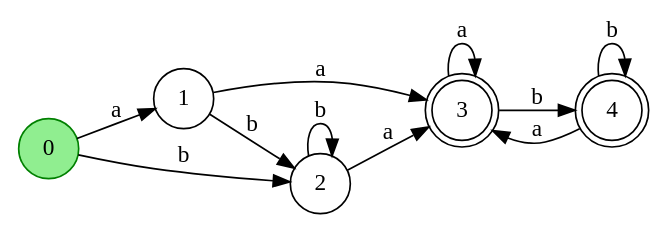
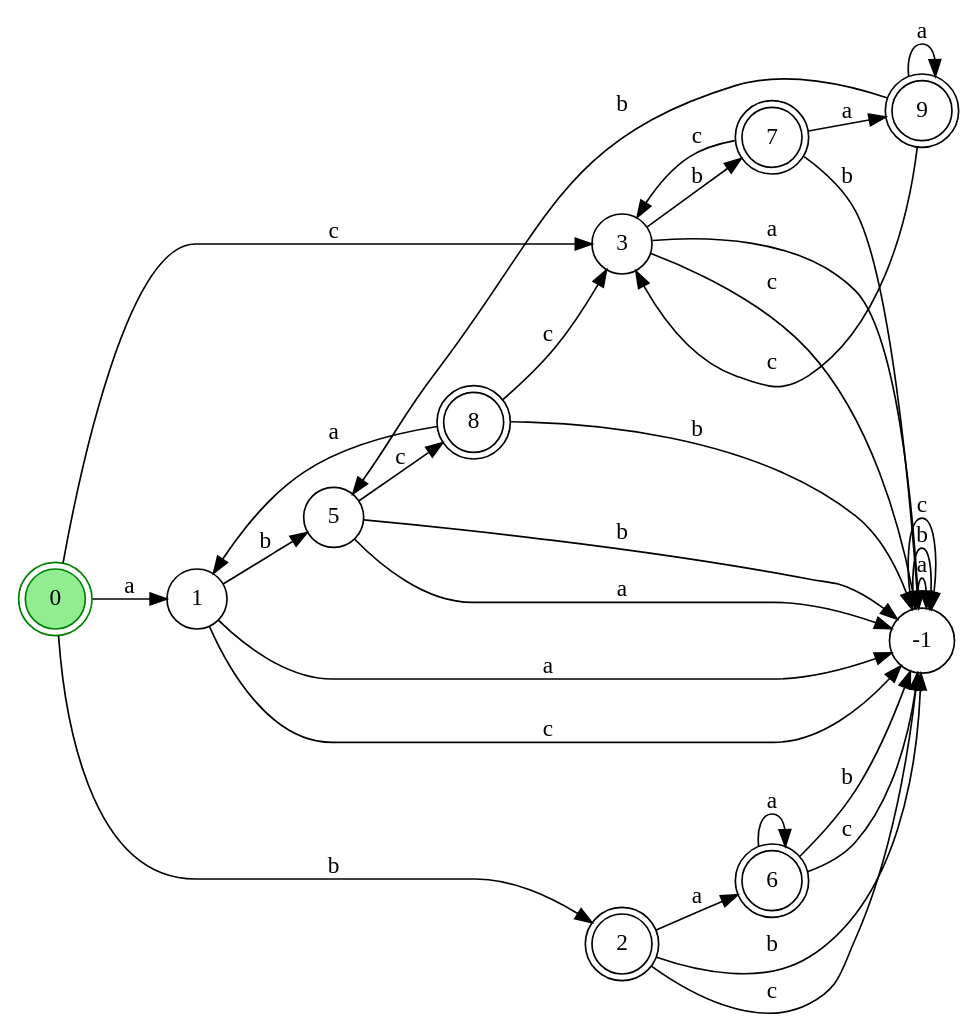
The diagram in dots/dfa.dot (EndRiKeR/comp-lab), drawn with Graphviz before and after one commit. The commit also changed 41 other files, not shown here.

```diff
--- a/dots/dfa.dot
+++ b/dots/dfa.dot
@@ -1,19 +1,44 @@
 digraph DFA {
   rankdir=LR;
   node [shape=circle];
   "1" [label="1"] [shape=circle];
-  "2" [label="2"] [shape=circle];
-  "3" [label="3"] [shape=doublecircle];
-  "4" [label="4"] [shape=doublecircle];
-  "0" [label="0"] [shape=circle,color=green,style=filled,fillcolor=lightgreen];
+  "2" [label="2"] [shape=doublecircle];
+  "3" [label="3"] [shape=circle];
+  "-1" [label="-1"] [shape=circle];
+  "5" [label="5"] [shape=circle];
+  "6" [label="6"] [shape=doublecircle];
+  "7" [label="7"] [shape=doublecircle];
+  "8" [label="8"] [shape=doublecircle];
+  "9" [label="9"] [shape=doublecircle];
+  "0" [label="0"] [shape=doublecircle,color=green,style=filled,fillcolor=lightgreen];
   "0" -> "1" [label="a"];
   "0" -> "2" [label="b"];
-  "1" -> "3" [label="a"];
-  "1" -> "2" [label="b"];
-  "2" -> "3" [label="a"];
-  "2" -> "2" [label="b"];
-  "3" -> "3" [label="a"];
-  "3" -> "4" [label="b"];
-  "4" -> "3" [label="a"];
-  "4" -> "4" [label="b"];
+  "0" -> "3" [label="c"];
+  "1" -> "-1" [label="a"];
+  "1" -> "5" [label="b"];
+  "1" -> "-1" [label="c"];
+  "2" -> "6" [label="a"];
+  "2" -> "-1" [label="b"];
+  "2" -> "-1" [label="c"];
+  "3" -> "-1" [label="a"];
+  "3" -> "7" [label="b"];
+  "3" -> "-1" [label="c"];
+  "-1" -> "-1" [label="a"];
+  "-1" -> "-1" [label="b"];
+  "-1" -> "-1" [label="c"];
+  "5" -> "-1" [label="a"];
+  "5" -> "-1" [label="b"];
+  "5" -> "8" [label="c"];
+  "6" -> "6" [label="a"];
+  "6" -> "-1" [label="b"];
+  "6" -> "-1" [label="c"];
+  "7" -> "9" [label="a"];
+  "7" -> "-1" [label="b"];
+  "7" -> "3" [label="c"];
+  "8" -> "1" [label="a"];
+  "8" -> "-1" [label="b"];
+  "8" -> "3" [label="c"];
+  "9" -> "9" [label="a"];
+  "9" -> "5" [label="b"];
+  "9" -> "3" [label="c"];
 }
```
